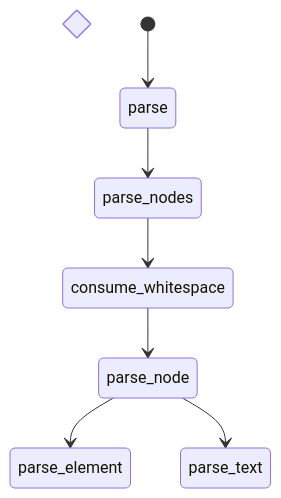
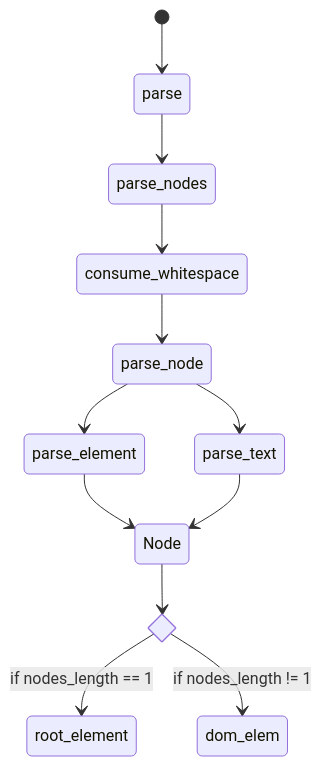
The diagram in README.md (nakayan5/lets-build-a-browser-engine), drawn with Mermaid before and after one commit.

````diff
--- a/README.md
+++ b/README.md
@@ -9,15 +9,22 @@
 ```mermaid
 stateDiagram-v2
 state nodes_length <<choice>>
 
 
 [*] --> parse
 parse --> parse_nodes
 
 parse_nodes --> consume_whitespace
 consume_whitespace --> parse_node
 
 parse_node --> parse_element
 parse_node --> parse_text
 
+parse_element　--> Node
+parse_text --> Node
+
+Node --> nodes_length
+nodes_length --> root_element: if nodes_length == 1
+nodes_length --> dom_elem : if nodes_length != 1
+
 ```
````
